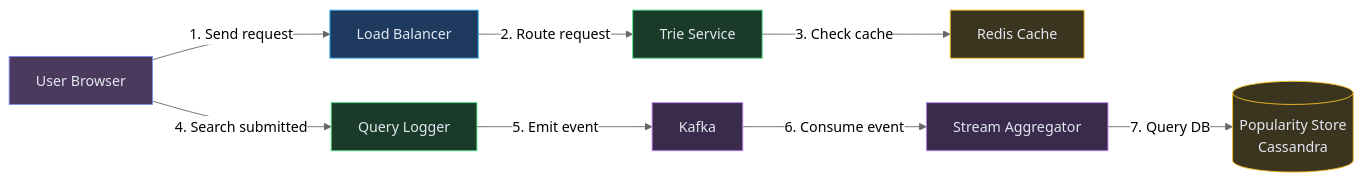
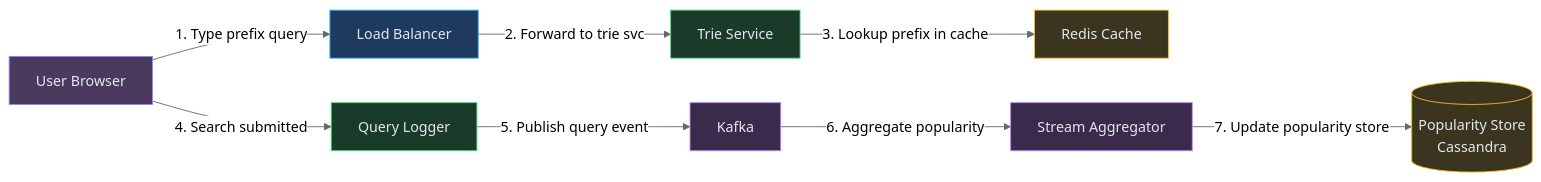
One commit to iluzn/HLD-Designs changed the third of 8 diagrams in content/hld/SearchAutocomplete.md. Above: the diagram before and after it, drawn with Mermaid (neutral theme). The commit also changed other lines of this file and 27 other files, not shown here.

````diff
--- a/content/hld/SearchAutocomplete.md
+++ b/content/hld/SearchAutocomplete.md
@@ -201,25 +201,25 @@
 ```mermaid
 flowchart LR
     USER["User Browser"]:::client
     LB["Load Balancer"]:::edge
     TRIE["Trie Service"]:::service
     CACHE["Redis Cache"]:::data
     QLOG["Query Logger"]:::service
     STREAM["Kafka"]:::async
     AGG["Stream Aggregator"]:::async
     POPDB[("Popularity Store<br/>Cassandra")]:::data
 
-    USER -->|"1. Send request"| LB
-    LB -->|"2. Route request"| TRIE
-    TRIE -->|"3. Check cache"| CACHE
+    USER -->|"1. Type prefix query"| LB
+    LB -->|"2. Forward to trie svc"| TRIE
+    TRIE -->|"3. Lookup prefix in cache"| CACHE
     USER -->|"4. Search submitted"| QLOG
-    QLOG -->|"5. Emit event"| STREAM
-    STREAM -->|"6. Consume event"| AGG
-    AGG -->|"7. Query DB"| POPDB
+    QLOG -->|"5. Publish query event"| STREAM
+    STREAM -->|"6. Aggregate popularity"| AGG
+    AGG -->|"7. Update popularity store"| POPDB
 
     classDef client fill:#4c3a5e,stroke:#818cf8,color:#e2e8f0
     classDef edge fill:#1e3a5f,stroke:#38bdf8,color:#e2e8f0
     classDef service fill:#1a3a2a,stroke:#4ade80,color:#e2e8f0
     classDef data fill:#3b3520,stroke:#fbbf24,color:#e2e8f0
     classDef async fill:#3a2a4c,stroke:#c084fc,color:#e2e8f0
 ```
````
